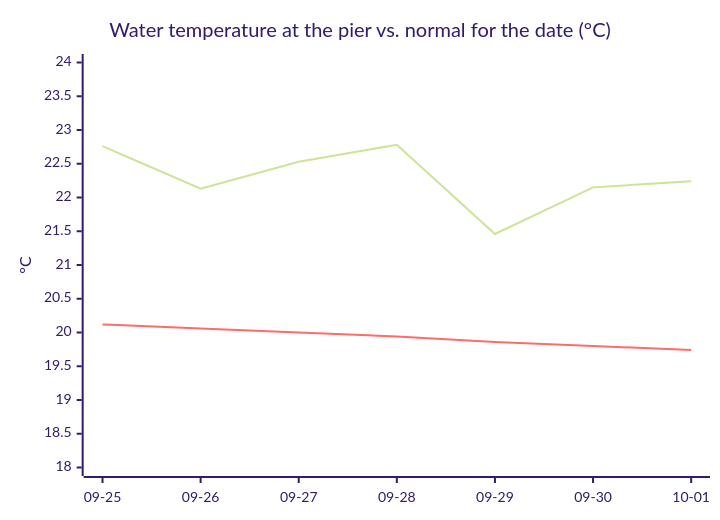
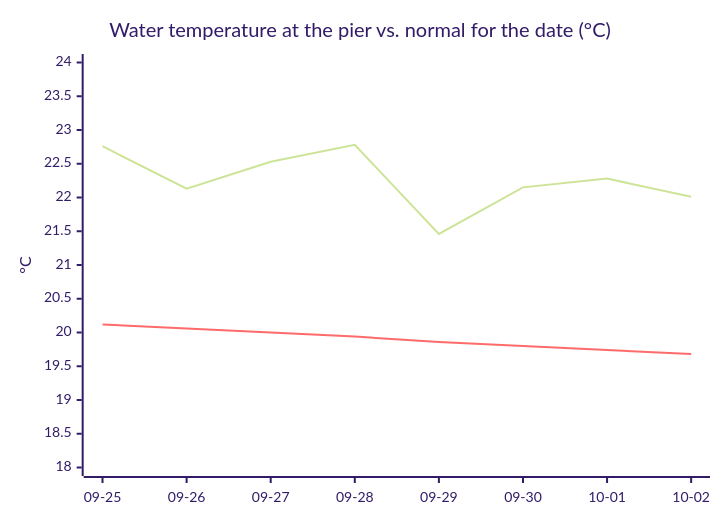
The third of 3 diagrams in README.md (joshuafrommeyer-35/PierTracker), drawn with Mermaid (forest theme) before and after one commit. The commit also changed other lines of this file and 7 other files, not shown here.

````diff
--- a/README.md
+++ b/README.md
@@ -157,8 +159,8 @@
 ```mermaid
 xychart-beta
     title "Water temperature at the pier vs. normal for the date (°C)"
-    x-axis ["09-25", "09-26", "09-27", "09-28", "09-29", "09-30", "10-01"]
+    x-axis ["09-25", "09-26", "09-27", "09-28", "09-29", "09-30", "10-01", "10-02"]
     y-axis "°C" 18 --> 24
-    line [22.76, 22.13, 22.53, 22.78, 21.46, 22.15, 22.24]
-    line [20.12, 20.06, 20.0, 19.94, 19.86, 19.8, 19.74]
+    line [22.76, 22.13, 22.53, 22.78, 21.46, 22.15, 22.28, 22.01]
+    line [20.12, 20.06, 20.0, 19.94, 19.86, 19.8, 19.74, 19.68]
 ```
````
